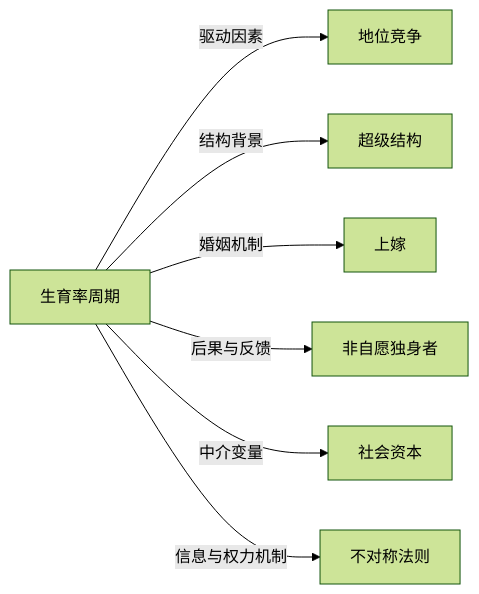
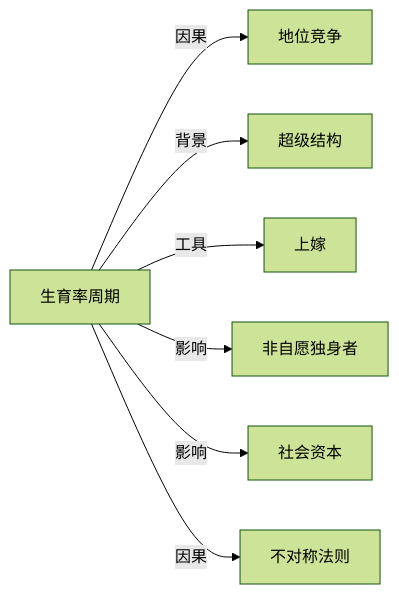
The diagram in Knowledge/Concepts/社会学/生育率周期.md (KIMMCHOW/MyKnowledge), drawn with Mermaid (forest theme) before and after one commit. The commit also changed 95 other files, not shown here.

Commit message:
reorganize: 统一关系图边标签为11类

````diff
--- a/Knowledge/Concepts/社会学/生育率周期.md
+++ b/Knowledge/Concepts/社会学/生育率周期.md
@@ -47,9 +47,9 @@
 ```mermaid
 graph LR
-生育率周期 -->|驱动因素| 地位竞争
-生育率周期 -->|结构背景| 超级结构
-生育率周期 -->|婚姻机制| 上嫁
-生育率周期 -->|后果与反馈| 非自愿独身者
-生育率周期 -->|中介变量| 社会资本
-生育率周期 -->|信息与权力机制| 不对称法则
+生育率周期 -->|因果| 地位竞争
+生育率周期 -->|背景| 超级结构
+生育率周期 -->|工具| 上嫁
+生育率周期 -->|影响| 非自愿独身者
+生育率周期 -->|影响| 社会资本
+生育率周期 -->|因果| 不对称法则
 ```
````
